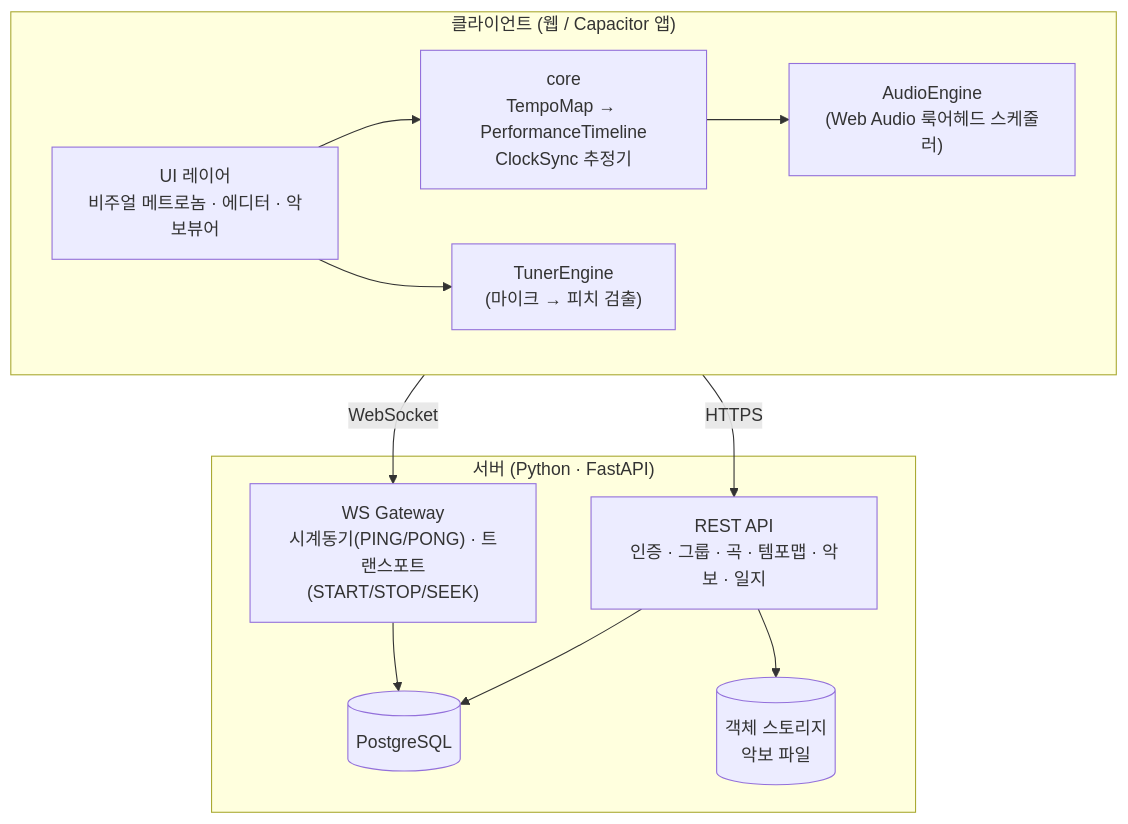
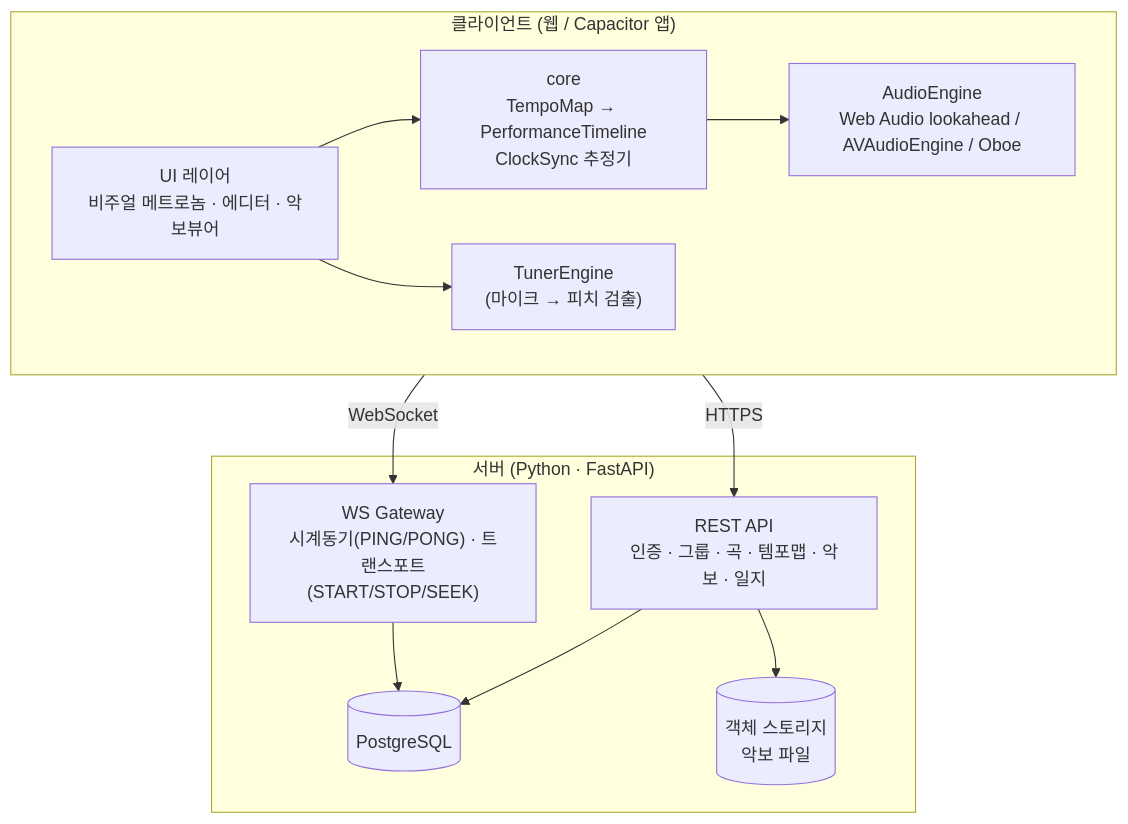
One commit to facio313/FeelMyRythm changed the first of 3 diagrams in docs/DESIGN.md. Above: the diagram before and after it, drawn with Mermaid. The commit also changed other lines of this file and 81 other files, not shown here.

````diff
--- a/docs/DESIGN.md
+++ b/docs/DESIGN.md
@@ -109,23 +109,23 @@
 ```mermaid
 graph TB
     subgraph Client["클라이언트 (웹 / Capacitor 앱)"]
         UI["UI 레이어<br/>비주얼 메트로놈 · 에디터 · 악보뷰어"]
         CORE["core<br/>TempoMap → PerformanceTimeline<br/>ClockSync 추정기"]
-        AE["AudioEngine<br/>(Web Audio 룩어헤드 스케줄러)"]
+        AE["AudioEngine<br/>Web Audio lookahead / AVAudioEngine / Oboe"]
         TUNER["TunerEngine<br/>(마이크 → 피치 검출)"]
         UI --> CORE
         CORE --> AE
         UI --> TUNER
     end
     subgraph Server["서버 (Python · FastAPI)"]
         REST["REST API<br/>인증 · 그룹 · 곡 · 템포맵 · 악보 · 일지"]
         WS["WS Gateway<br/>시계동기(PING/PONG) · 트랜스포트(START/STOP/SEEK)"]
         DB[("PostgreSQL")]
         S3[("객체 스토리지<br/>악보 파일")]
         REST --> DB
         REST --> S3
         WS --> DB
     end
     Client -- HTTPS --> REST
     Client -- WebSocket --> WS
 ```
````
